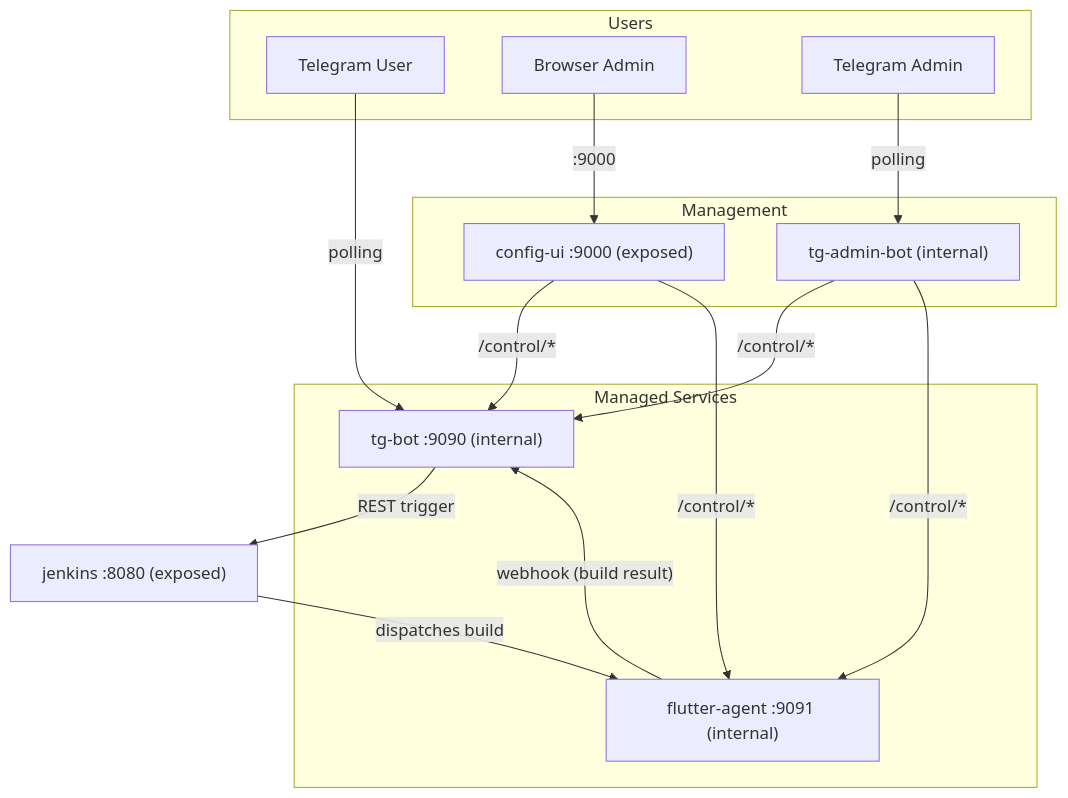
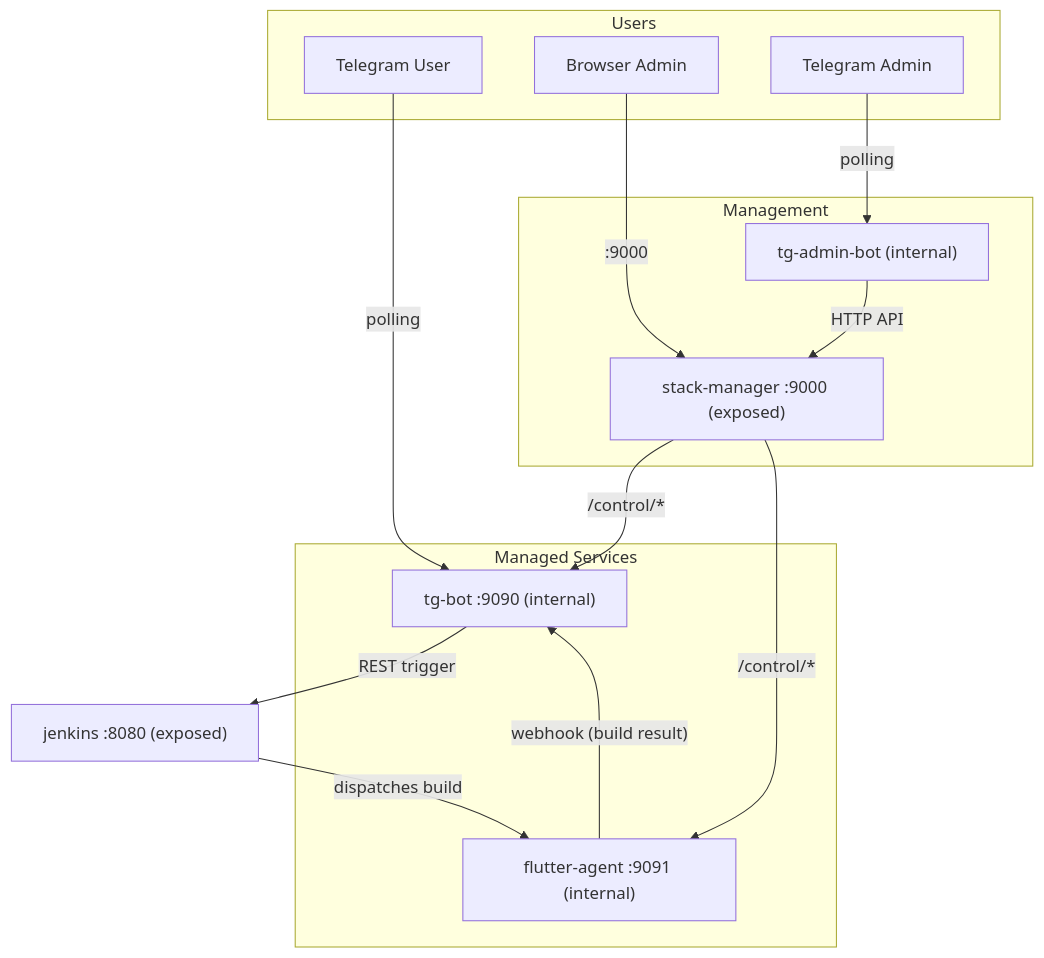
One commit to VinhNgT/jenkins-flutter-bot changed the diagram in README.md. Above: the diagram before and after it, drawn with Mermaid. The commit also changed other lines of this file and 80 other files, not shown here.

Commit message:
refactor: promote stack-manager to a full app and absorb config-ui

````diff
--- a/README.md
+++ b/README.md
@@ -13,33 +13,32 @@
 ```mermaid
 graph TD
     subgraph Users
         TU["Telegram User"]
         BA["Browser Admin"]
         TA["Telegram Admin"]
     end
 
     subgraph Management
-        CUI["config-ui :9000 (exposed)"]
+        SM["stack-manager :9000 (exposed)"]
         TAB["tg-admin-bot (internal)"]
     end
 
     subgraph Managed Services
         BOT["tg-bot :9090 (internal)"]
         AGT["flutter-agent :9091 (internal)"]
     end
 
     JNK["jenkins :8080 (exposed)"]
 
     TU -- polling --> BOT
-    BA -- ":9000" --> CUI
+    BA -- ":9000" --> SM
     TA -- polling --> TAB
 
-    CUI -- "/control/*" --> BOT
-    CUI -- "/control/*" --> AGT
-    TAB -- "/control/*" --> BOT
-    TAB -- "/control/*" --> AGT
+    SM -- "/control/*" --> BOT
+    SM -- "/control/*" --> AGT
+    TAB -- "HTTP API" --> SM
 
     BOT -- "REST trigger" --> JNK
     JNK -- "dispatches build" --> AGT
     AGT -- "webhook (build result)" --> BOT
 ```
````
